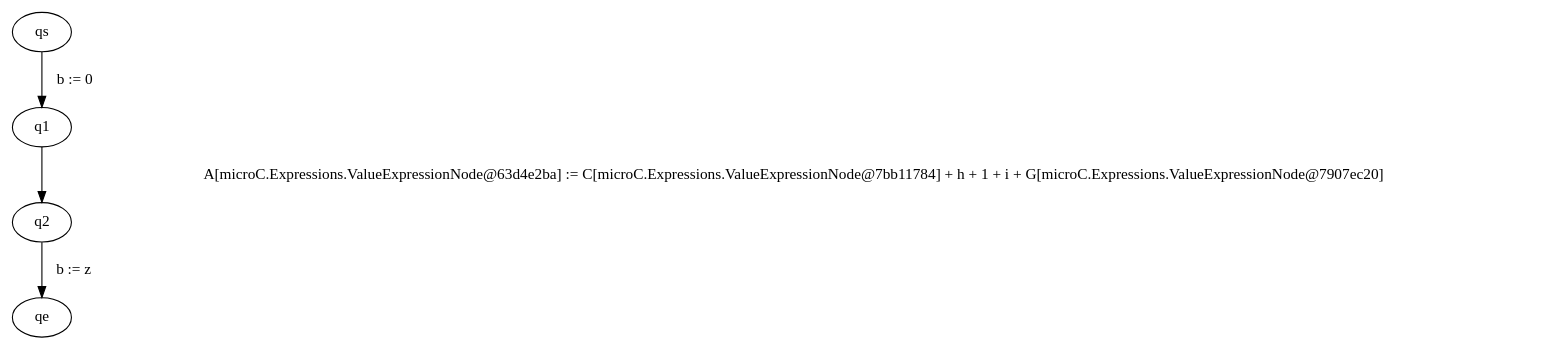
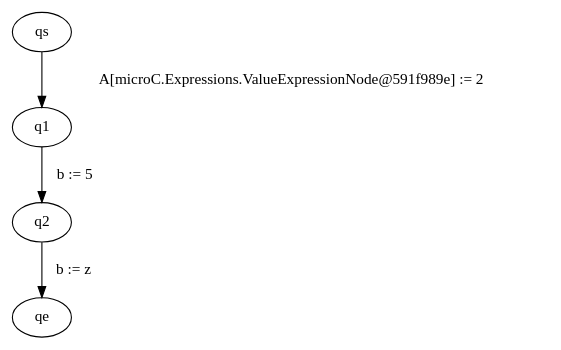
Before and after one commit to FloKes/ProgramAnalysis: the diagram in src/main/java/graphviz/input.dot, drawn with Graphviz. The commit also changed 8 other files, not shown here.

```diff
--- a/src/main/java/graphviz/input.dot
+++ b/src/main/java/graphviz/input.dot
@@ -1,5 +1,5 @@
 digraph ProgramGraph{
-"qs" -> "q1" [label="  b := 0   "] 
-"q1" -> "q2" [label="  A[microC.Expressions.ValueExpressionNode@63d4e2ba] := C[microC.Expressions.ValueExpressionNode@7bb11784] + h + 1 + i + G[microC.Expressions.ValueExpressionNode@7907ec20]   "] 
+"qs" -> "q1" [label="  A[microC.Expressions.ValueExpressionNode@591f989e] := 2   "] 
+"q1" -> "q2" [label="  b := 5   "] 
 "q2" -> "qe" [label="  b := z   "] 
 }
```
